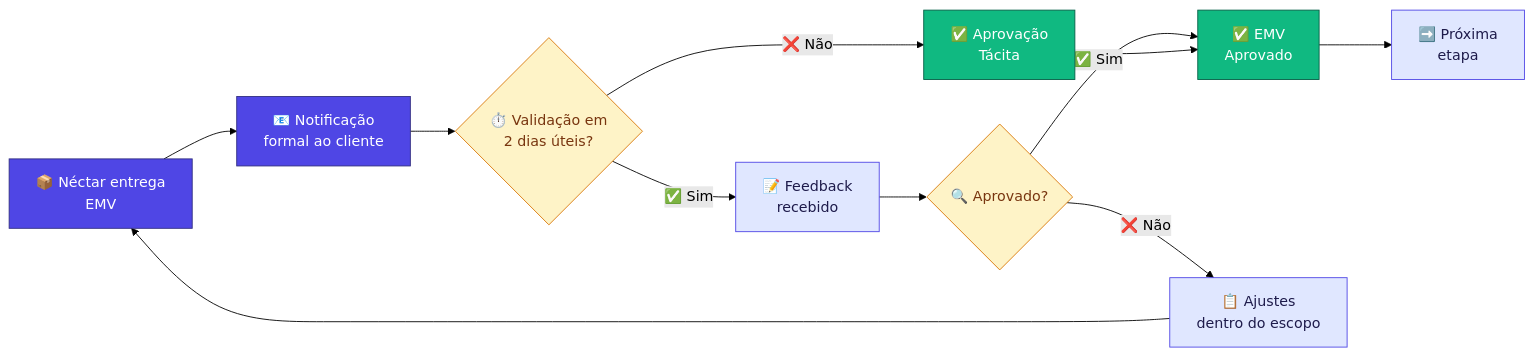
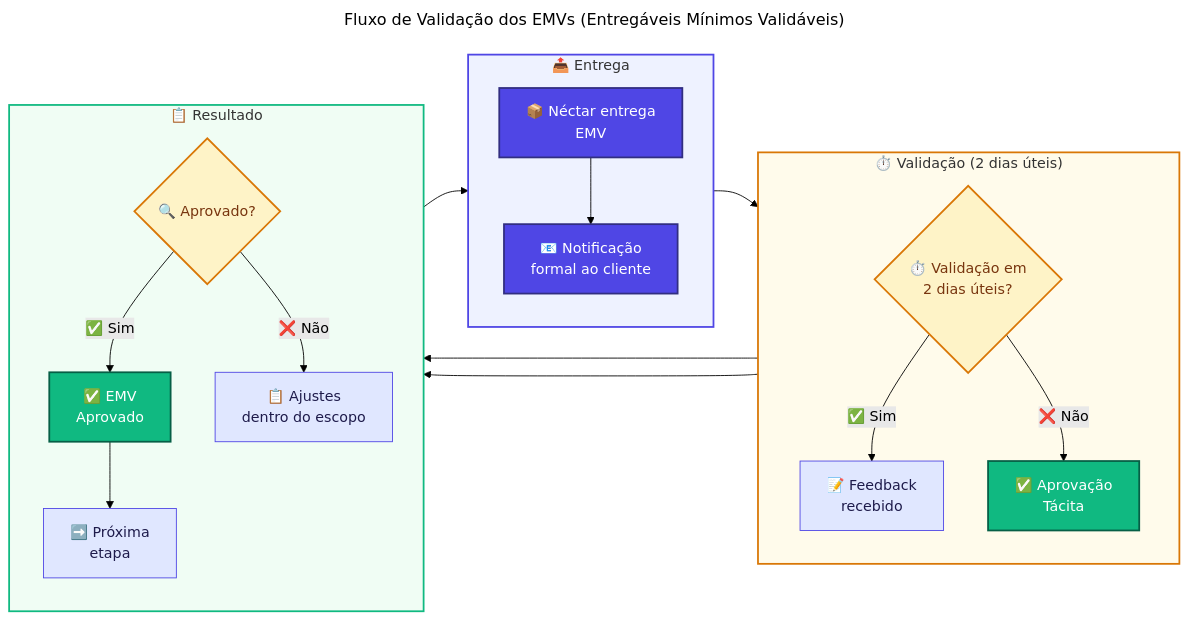
One commit to Evilazaro/Azure-LogicApps-Monitoring changed the fourth of 9 diagrams in docs/planoProjetoModernizacao.md. Above: the diagram before and after it, drawn with Mermaid (forest theme). The commit also changed other lines of this file, not shown here.

````diff
--- a/docs/planoProjetoModernizacao.md
+++ b/docs/planoProjetoModernizacao.md
@@ -462,23 +484,78 @@
 ```mermaid
+---
+title: "Fluxo de Validação dos EMVs (Entregáveis Mínimos Validáveis)"
+---
 flowchart LR
-    A["📦 Néctar entrega\nEMV"] --> B["📧 Notificação\nformal ao cliente"]
-    B --> C{"⏱️ Validação em\n2 dias úteis?"}
-    C -->|"✅ Sim"| D["📝 Feedback\nrecebido"]
-    C -->|"❌ Não"| E["✅ Aprovação\nTácita"]
-    D --> F{"🔍 Aprovado?"}
-    F -->|"✅ Sim"| G["✅ EMV\nAprovado"]
-    F -->|"❌ Não"| H["📋 Ajustes\ndentro do escopo"]
+    %% ═══════════════════════════════════════════════════════════════
+    %% FLUXO DE VALIDAÇÃO DOS EMVs
+    %% PROPÓSITO: Documentar o processo de entrega, validação e
+    %%            aprovação dos Entregáveis Mínimos Validáveis
+    %% REGRA: 2 dias úteis para validação; após prazo = aprovação tácita
+    %% ═══════════════════════════════════════════════════════════════
+
+    %% ───────────────────────────────────────────────────────────────
+    %% FASE 1: Entrega (Néctar → Cooperflora)
+    %% ───────────────────────────────────────────────────────────────
+    subgraph entrega ["📤 Entrega"]
+        direction TB
+        A["📦 Néctar entrega\nEMV"]
+        B["📧 Notificação\nformal ao cliente"]
+        A --> B
+    end
+
+    %% ───────────────────────────────────────────────────────────────
+    %% FASE 2: Validação (Cooperflora - prazo de 2 dias úteis)
+    %% ───────────────────────────────────────────────────────────────
+    subgraph validacao ["⏱️ Validação (2 dias úteis)"]
+        direction TB
+        C{"⏱️ Validação em\n2 dias úteis?"}
+        D["📝 Feedback\nrecebido"]
+        E["✅ Aprovação\nTácita"]
+        C -->|"✅ Sim"| D
+        C -->|"❌ Não"| E
+    end
+
+    %% ───────────────────────────────────────────────────────────────
+    %% FASE 3: Decisão e Resultado
+    %% ───────────────────────────────────────────────────────────────
+    subgraph resultado ["📋 Resultado"]
+        direction TB
+        F{"🔍 Aprovado?"}
+        G["✅ EMV\nAprovado"]
+        H["📋 Ajustes\ndentro do escopo"]
+        I["➡️ Próxima\netapa"]
+        F -->|"✅ Sim"| G
+        F -->|"❌ Não"| H
+        G --> I
+    end
+
+    %% ───────────────────────────────────────────────────────────────
+    %% CONEXÕES ENTRE FASES
+    %% ───────────────────────────────────────────────────────────────
+    entrega --> validacao
+    D --> F
+    E --> G
     H --> A
-    E --> G
-    G --> I["➡️ Próxima\netapa"]
 
-    classDef delivery fill:#4F46E5,stroke:#312E81,color:#FFFFFF
-    classDef decision fill:#FEF3C7,stroke:#D97706,color:#78350F
-    classDef approved fill:#10B981,stroke:#065F46,color:#FFFFFF
-    classDef process fill:#E0E7FF,stroke:#4F46E5,color:#1E1B4B
+    %% ═══════════════════════════════════════════════════════════════
+    %% ESTILOS: Paleta de cores por tipo de elemento
+    %% - Indigo (#4F46E5): Ações de entrega
+    %% - Amber (#FEF3C7): Pontos de decisão
+    %% - Emerald (#10B981): Aprovação/Sucesso
+    %% - Indigo claro (#E0E7FF): Processos intermediários
+    %% ═══════════════════════════════════════════════════════════════
+    classDef delivery fill:#4F46E5,stroke:#312E81,color:#FFFFFF,stroke-width:2px
+    classDef decision fill:#FEF3C7,stroke:#D97706,color:#78350F,stroke-width:2px
+    classDef approved fill:#10B981,stroke:#065F46,color:#FFFFFF,stroke-width:2px
+    classDef process fill:#E0E7FF,stroke:#4F46E5,color:#1E1B4B,stroke-width:1px
 
     class A,B delivery
     class C,F decision
     class E,G approved
     class D,H,I process
+
+    %% Estilo dos subgraphs
+    style entrega fill:#EEF2FF,stroke:#4F46E5,stroke-width:2px
+    style validacao fill:#FFFBEB,stroke:#D97706,stroke-width:2px
+    style resultado fill:#F0FDF4,stroke:#10B981,stroke-width:2px
 ```
````
